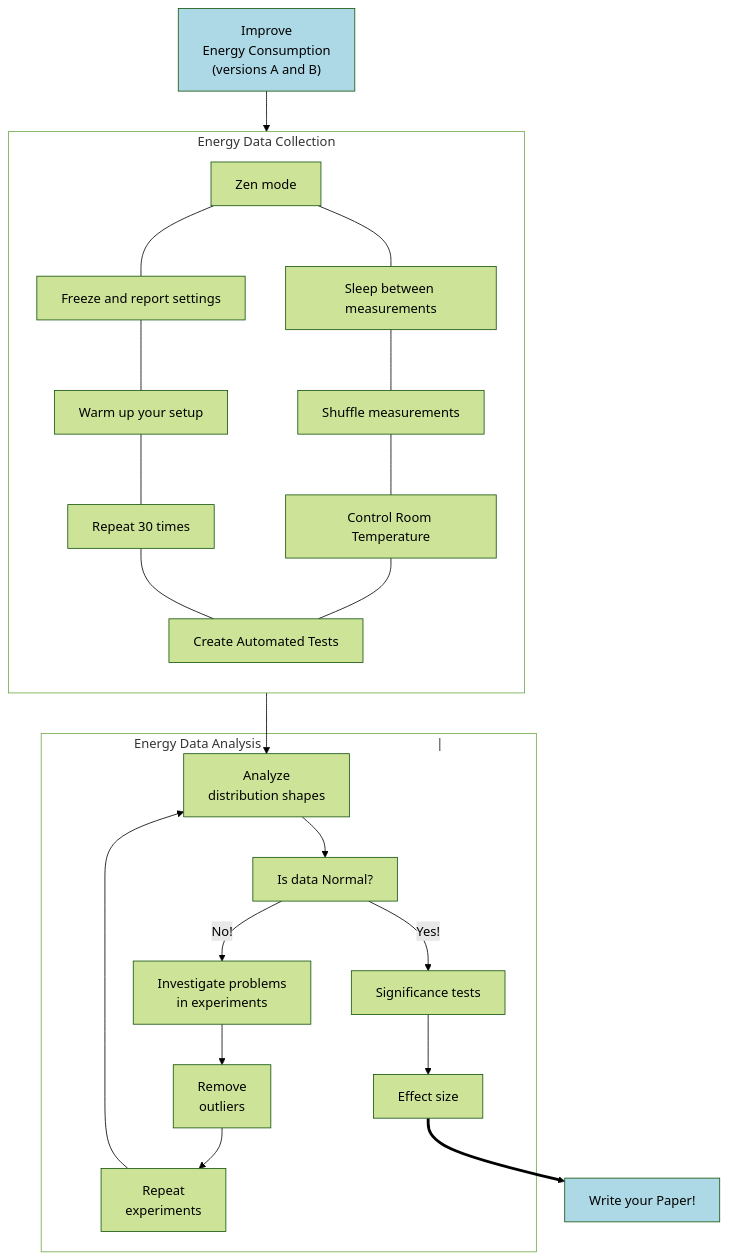
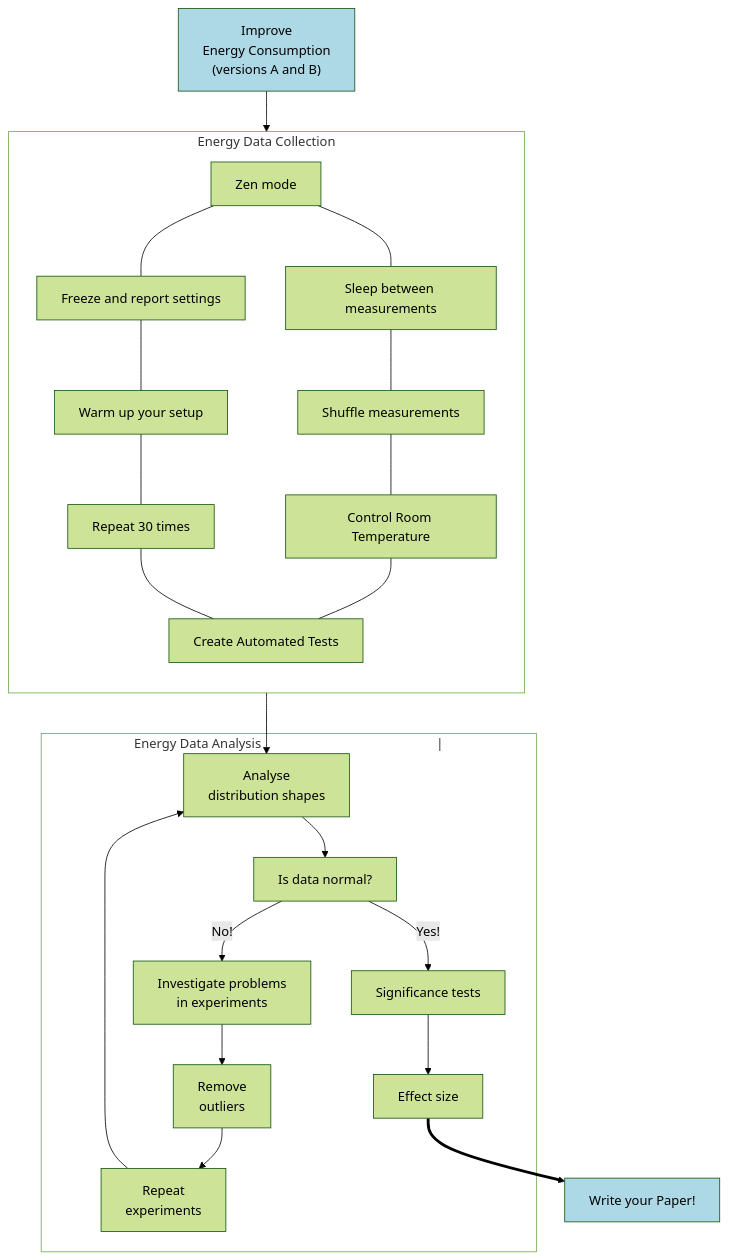
Before and after one commit to luiscruz/luiscruz.github.io: the diagram in _posts/2021-08-20-measuring-energy.md, drawn with Mermaid (forest theme). The commit also changed other lines of this file, not shown here.

```diff
--- a/_posts/2021-08-20-measuring-energy.md
+++ b/_posts/2021-08-20-measuring-energy.md
@@ -182,44 +182,44 @@
 <div class="mermaid">
 flowchart TB
     A["Improve\nEnergy Consumption\n(versions A and B)"]
     A --> C
     subgraph C[Energy Data Collection]
     direction TB
       C1[Zen mode]
       C2[Freeze and report settings]
       C3[Warm up your setup]
       C4[Repeat 30 times]
       C5[Sleep between measurements]
       C6[Shuffle measurements]
       C7[Control Room Temperature]
       C8[Create Automated Tests]
       C1 --- C2 --- C3 --- C4 --- C8
       C1 --- C5 --- C6 --- C7 --- C8
     end
 
 
     C --> D1
     subgraph D["Energy Data Analysis&nbsp;&nbsp;&nbsp;&nbsp;&nbsp;&nbsp;&nbsp;&nbsp;&nbsp;&nbsp;&nbsp;&nbsp;&nbsp;&nbsp;&nbsp;&nbsp;&nbsp;&nbsp;&nbsp;&nbsp;&nbsp;&nbsp;&nbsp;&nbsp;&nbsp;&nbsp;&nbsp;&nbsp;&nbsp;&nbsp;&nbsp;&nbsp;&nbsp;&nbsp;&nbsp;&nbsp;&nbsp;&nbsp;&nbsp;&nbsp;&nbsp;&nbsp;&nbsp;&nbsp;&nbsp;&nbsp;&nbsp;&nbsp;&nbsp;&nbsp;&nbsp;&nbsp;|"]
-        D1[Analyze\ndistribution shapes]
-        D2[Is data Normal?]
+        D1[Analyse\ndistribution shapes]
+        D2[Is data normal?]
         D3[Investigate problems\n in experiments]
         D4[Remove\n outliers]
         D5[Repeat\n experiments]
         D6[Significance tests]
         D7[Effect size]
         D1 --> D2
         D2 -- No! --> D3
         D3 --> D4
         D4 --> D5
         D5 --> D1
         D2 -- Yes! --> D6
         D6 --> D7
     end
     D7 ==> E
     E[Write your Paper!]
 
     style E fill:lightblue
     style D fill: transparent,text-align:left
     style C fill: transparent
     style A fill:lightblue
 </div>
```
